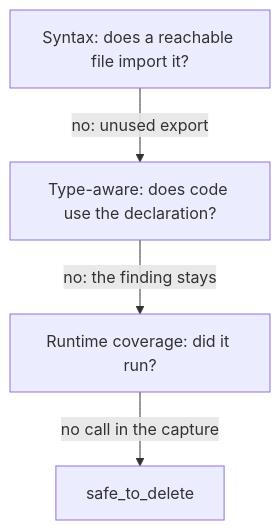
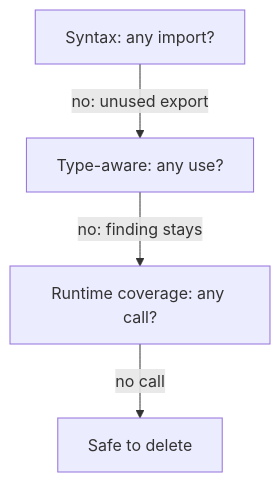
One commit to fallow-rs/docs changed the diagram in concepts/evidence.mdx. Above: the diagram before and after it, drawn with Mermaid. The commit also changed 12 other files, not shown here.

First line of the commit message:
docs: draw the diagrams so that the site renders each label

````diff
--- a/concepts/evidence.mdx
+++ b/concepts/evidence.mdx
@@ -66,6 +66,10 @@
 ```mermaid
 flowchart TD
-  syntax["Syntax: does a reachable file import it?"] -->|"no: unused export"| types["Type-aware: does code use the declaration?"]
-  types -->|"no: the finding stays"| runtime["Runtime coverage: did it run?"]
-  runtime -->|"no call in the capture"| verdict["safe_to_delete"]
+  syntax["Syntax: any import?"]
+  types["Type-aware: any use?"]
+  runtime["Runtime coverage: any call?"]
+  verdict["Safe to delete"]
+  syntax -->|"no: unused export"| types
+  types -->|"no: finding stays"| runtime
+  runtime -->|"no call"| verdict
 ```
````
